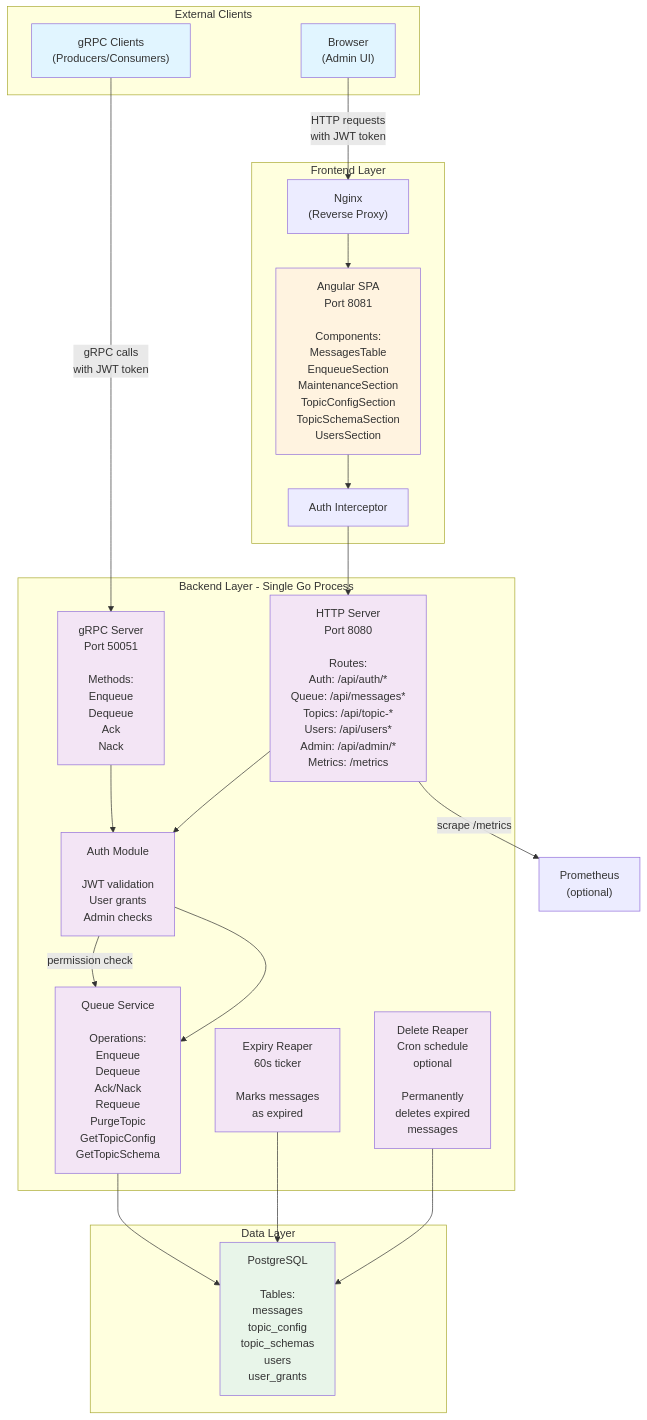
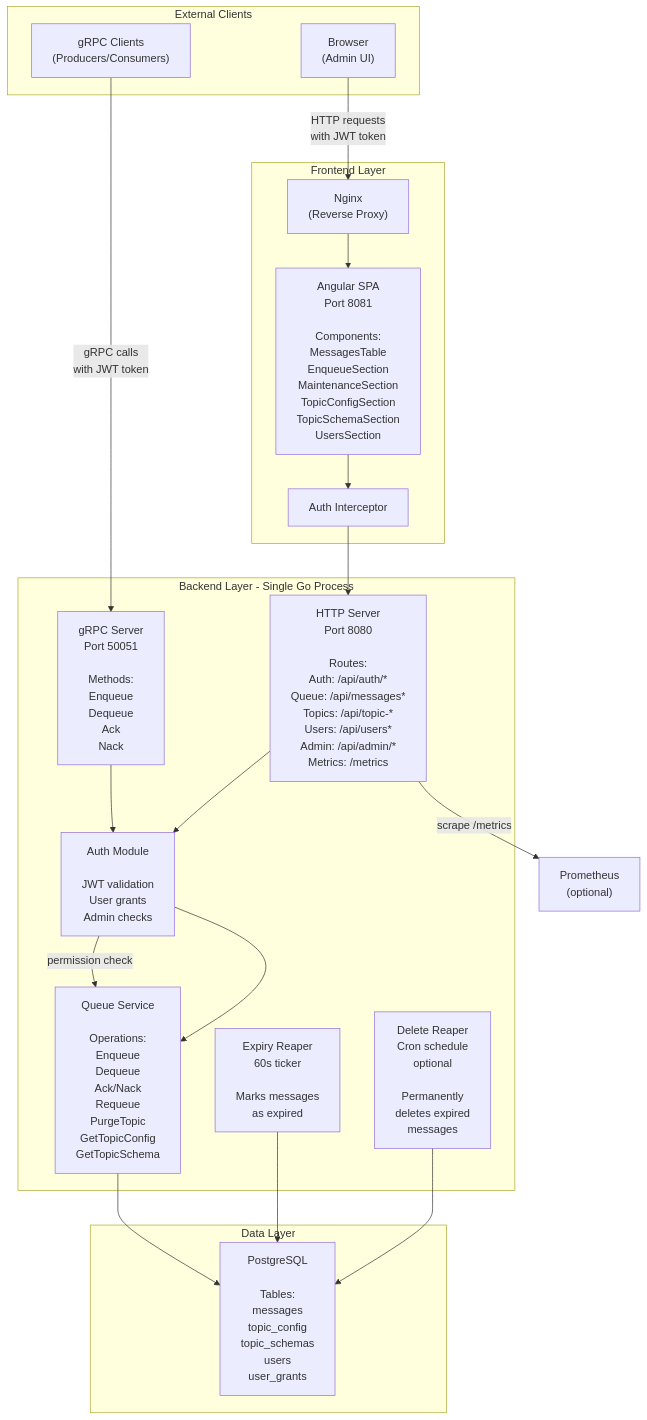
The diagram in README.md (Joessst-Dev/queue-ti), drawn with Mermaid before and after one commit.

Commit message:
fixed mermaid chart

````diff
--- a/README.md
+++ b/README.md
@@ -700,55 +700,45 @@
 ```mermaid
 graph TD
     subgraph "External Clients"
         Browser["Browser<br/>(Admin UI)"]
         GRPCClients["gRPC Clients<br/>(Producers/Consumers)"]
     end
 
     subgraph "Frontend Layer"
         Nginx["Nginx<br/>(Reverse Proxy)"]
         AdminUI["Angular SPA<br/>Port 8081<br/><br/>Components:<br/>MessagesTable<br/>EnqueueSection<br/>MaintenanceSection<br/>TopicConfigSection<br/>TopicSchemaSection<br/>UsersSection"]
         AuthInterceptor["Auth Interceptor"]
     end
 
     subgraph "Backend Layer - Single Go Process"
         HTTPServer["HTTP Server<br/>Port 8080<br/><br/>Routes:<br/>Auth: /api/auth/*<br/>Queue: /api/messages*<br/>Topics: /api/topic-*<br/>Users: /api/users*<br/>Admin: /api/admin/*<br/>Metrics: /metrics"]
         GRPCServer["gRPC Server<br/>Port 50051<br/><br/>Methods:<br/>Enqueue<br/>Dequeue<br/>Ack<br/>Nack"]
         QueueService["Queue Service<br/><br/>Operations:<br/>Enqueue<br/>Dequeue<br/>Ack/Nack<br/>Requeue<br/>PurgeTopic<br/>GetTopicConfig<br/>GetTopicSchema"]
         ExpiryReaper["Expiry Reaper<br/>60s ticker<br/><br/>Marks messages<br/>as expired"]
         DeleteReaper["Delete Reaper<br/>Cron schedule<br/>optional<br/><br/>Permanently<br/>deletes expired<br/>messages"]
         AuthModule["Auth Module<br/><br/>JWT validation<br/>User grants<br/>Admin checks"]
     end
 
     subgraph "Data Layer"
         PostgreSQL["PostgreSQL<br/><br/>Tables:<br/>messages<br/>topic_config<br/>topic_schemas<br/>users<br/>user_grants"]
     end
 
     Browser -->|HTTP requests<br/>with JWT token| Nginx
     Nginx --> AdminUI
     AdminUI --> AuthInterceptor
     AuthInterceptor --> HTTPServer
 
     GRPCClients -->|gRPC calls<br/>with JWT token| GRPCServer
     GRPCServer --> AuthModule
     AuthModule -->|permission check| QueueService
 
     HTTPServer --> AuthModule
     AuthModule --> QueueService
 
     QueueService --> PostgreSQL
     ExpiryReaper --> PostgreSQL
     DeleteReaper --> PostgreSQL
 
     HTTPServer -->|scrape /metrics| Prometheus["Prometheus<br/>(optional)"]
 
-    style Browser fill:#e1f5ff
-    style GRPCClients fill:#e1f5ff
-    style AdminUI fill:#fff3e0
-    style HTTPServer fill:#f3e5f5
-    style GRPCServer fill:#f3e5f5
-    style QueueService fill:#f3e5f5
-    style ExpiryReaper fill:#f3e5f5
-    style DeleteReaper fill:#f3e5f5
-    style AuthModule fill:#f3e5f5
-    style PostgreSQL fill:#e8f5e9
 ```
````
